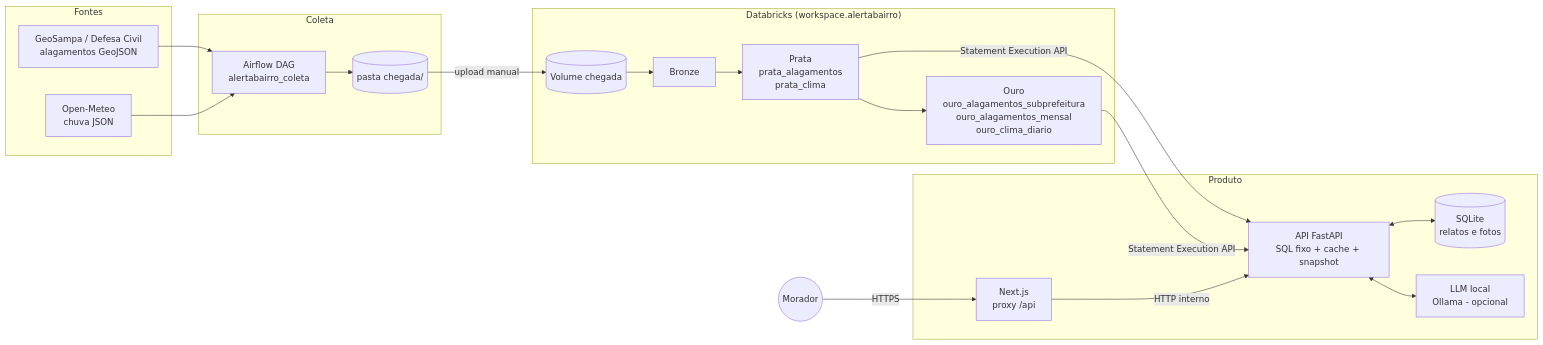
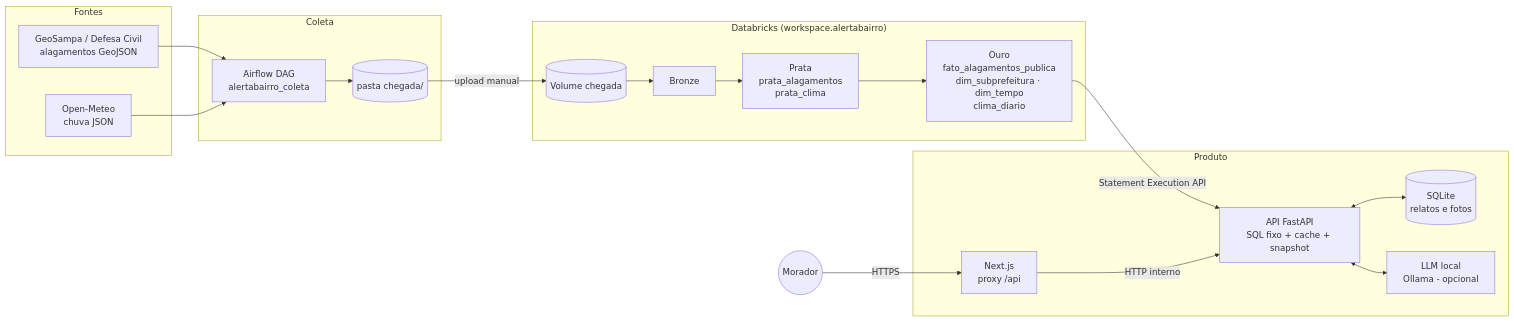
Before and after one commit to GeovannaSCunha/AlertaBairro: the diagram in docs/arquitetura.md, drawn with Mermaid. The commit also changed 53 other files, not shown here.

````diff
--- a/docs/arquitetura.md
+++ b/docs/arquitetura.md
@@ -3,34 +3,33 @@
 ```mermaid
 flowchart LR
   subgraph Fontes
     G[GeoSampa / Defesa Civil<br/>alagamentos GeoJSON]
     O[Open-Meteo<br/>chuva JSON]
   end
   subgraph Coleta
     A[Airflow DAG<br/>alertabairro_coleta]
     C[(pasta chegada/)]
   end
   subgraph Databricks["Databricks (workspace.alertabairro)"]
     V[(Volume chegada)]
     B[Bronze]
     P[Prata<br/>prata_alagamentos<br/>prata_clima]
-    OU[Ouro<br/>ouro_alagamentos_subprefeitura<br/>ouro_alagamentos_mensal<br/>ouro_clima_diario]
+    OU[Ouro<br/>fato_alagamentos_publica<br/>dim_subprefeitura · dim_tempo<br/>clima_diario]
   end
   subgraph Produto
     API[API FastAPI<br/>SQL fixo + cache + snapshot]
     DB[(SQLite<br/>relatos e fotos)]
     LLM[LLM local<br/>Ollama - opcional]
     WEB[Next.js<br/>proxy /api]
   end
   U((Morador))
 
   G --> A
   O --> A
   A --> C -- upload manual --> V --> B --> P --> OU
-  P -- Statement Execution API --> API
   OU -- Statement Execution API --> API
   API <--> DB
   API <--> LLM
   WEB -- HTTP interno --> API
   U -- HTTPS --> WEB
 ```
````
